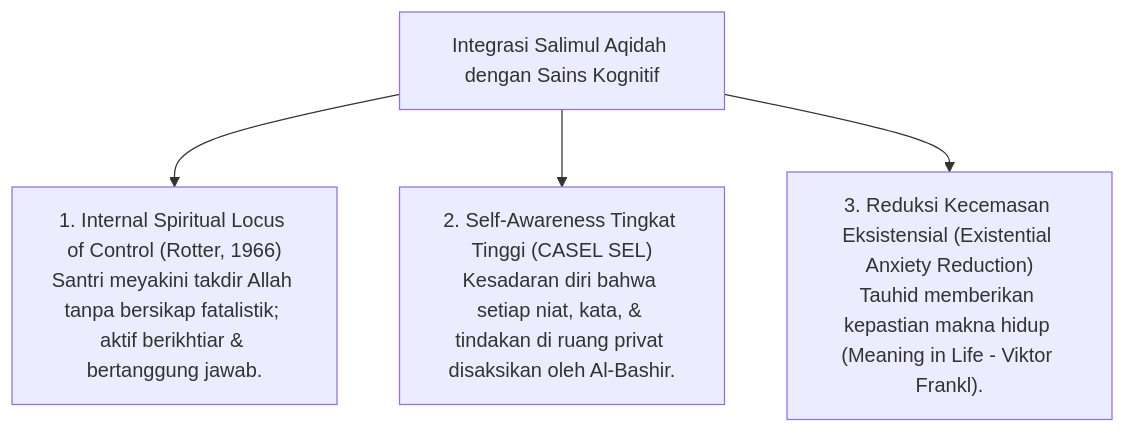
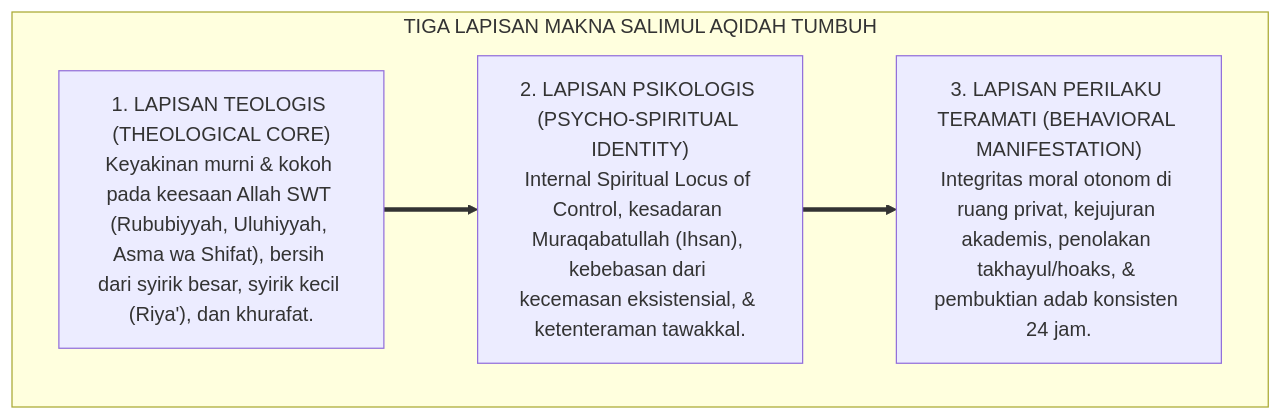
Before and after one commit to wandiapriliyandi/tumbuh: the seventh of 8 diagrams in 03 Capacity Framework/04 Salimul Aqidah/P3-04-02-Definisi-dan-Konseptualisasi.md, drawn with Mermaid. The commit also changed other lines of this file and 4 other files, not shown here.

Commit message:
feat(capacity-framework): upgrade sub-modul 01-05 Salimul Aqidah ke standar monograf riset hibrida dialektis A+

````diff
--- a/03 Capacity Framework/04 Salimul Aqidah/P3-04-02-Definisi-dan-Konseptualisasi.md
+++ b/03 Capacity Framework/04 Salimul Aqidah/P3-04-02-Definisi-dan-Konseptualisasi.md
@@ -17,8 +260,12 @@
 ```mermaid
-graph TD
-    Aqidah_SEL["Integrasi Salimul Aqidah dengan Sains Kognitif"]
-    
-    Aqidah_SEL --> S1["1. Internal Spiritual Locus of Control (Rotter, 1966)<br/>Santri meyakini takdir Allah tanpa bersikap fatalistik; aktif berikhtiar & bertanggung jawab."]
-    Aqidah_SEL --> S2["2. Self-Awareness Tingkat Tinggi (CASEL SEL)<br/>Kesadaran diri bahwa setiap niat, kata, & tindakan di ruang privat disaksikan oleh Al-Bashir."]
-    Aqidah_SEL --> S3["3. Reduksi Kecemasan Eksistensial (Existential Anxiety Reduction)<br/>Tauhid memberikan kepastian makna hidup (Meaning in Life - Viktor Frankl)."]
+flowchart TD
+    subgraph TigaLapisanDefinisiAqidah["TIGA LAPISAN MAKNA SALIMUL AQIDAH TUMBUH"]
+        L1["1. LAPISAN TEOLOGIS (THEOLOGICAL CORE)<br/>Keyakinan murni & kokoh pada keesaan Allah SWT (Rububiyyah, Uluhiyyah, Asma wa Shifat), bersih dari syirik besar, syirik kecil (Riya'), dan khurafat."]
+        
+        L2["2. LAPISAN PSIKOLOGIS (PSYCHO-SPIRITUAL IDENTITY)<br/>Internal Spiritual Locus of Control, kesadaran Muraqabatullah (Ihsan), kebebasan dari kecemasan eksistensial, & ketenteraman tawakkal."]
+        
+        L3["3. LAPISAN PERILAKU TERAMATI (BEHAVIORAL MANIFESTATION)<br/>Integritas moral otonom di ruang privat, kejujuran akademis, penolakan takhayul/hoaks, & pembuktian adab konsisten 24 jam."]
+        
+        L1 ==> L2 ==> L3
+    end
 ```
````
